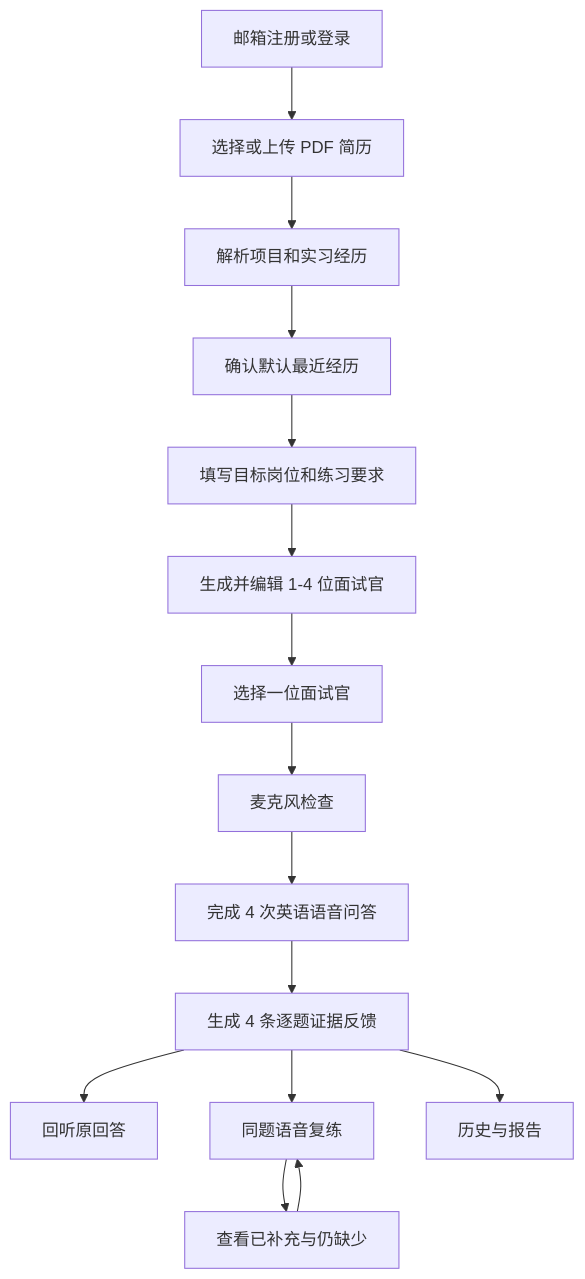
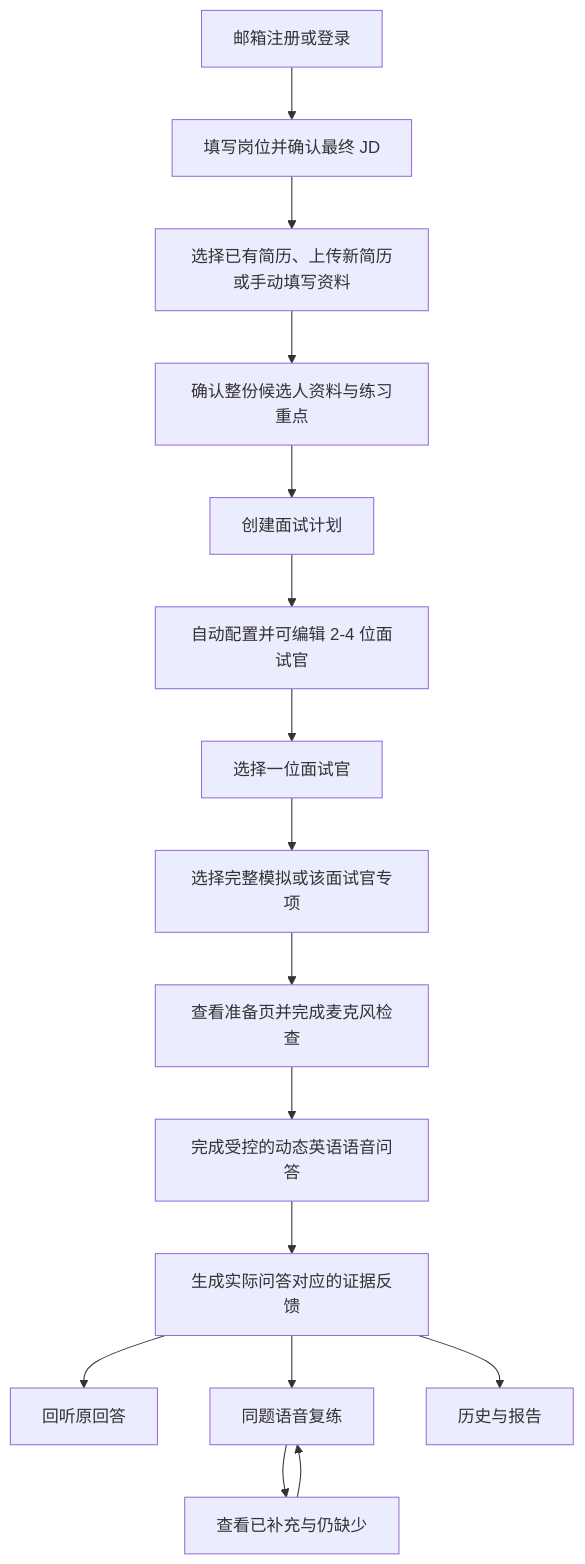
One commit to Lq0412/ai-en-coach changed the second of 2 diagrams in docs/superpowers/specs/2026-07-14-ms1-interview-prd-design.md. Above: the diagram before and after it, drawn with Mermaid. The commit also changed other lines of this file and 2 other files, not shown here.

````diff
--- a/docs/superpowers/specs/2026-07-14-ms1-interview-prd-design.md
+++ b/docs/superpowers/specs/2026-07-14-ms1-interview-prd-design.md
@@ -100,17 +107,18 @@
 ```mermaid
 flowchart TD
-  A[邮箱注册或登录] --> B[选择或上传 PDF 简历]
-  B --> C[解析项目和实习经历]
-  C --> D[确认默认最近经历]
-  D --> E[填写目标岗位和练习要求]
-  E --> F[生成并编辑 1-4 位面试官]
+  A[邮箱注册或登录] --> B[填写岗位并确认最终 JD]
+  B --> C[选择已有简历、上传新简历或手动填写资料]
+  C --> D[确认整份候选人资料与练习重点]
+  D --> E[创建面试计划]
+  E --> F[自动配置并可编辑 2-4 位面试官]
   F --> G[选择一位面试官]
-  G --> H[麦克风检查]
-  H --> I[完成 4 次英语语音问答]
-  I --> J[生成 4 条逐题证据反馈]
-  J --> K[回听原回答]
-  J --> L[同题语音复练]
-  L --> M[查看已补充与仍缺少]
-  M --> L
-  J --> N[历史与报告]
+  G --> H[选择完整模拟或该面试官专项]
+  H --> I[查看准备页并完成麦克风检查]
+  I --> J[完成受控的动态英语语音问答]
+  J --> K[生成实际问答对应的证据反馈]
+  K --> L[回听原回答]
+  K --> M[同题语音复练]
+  M --> N[查看已补充与仍缺少]
+  N --> M
+  K --> O[历史与报告]
 ```
````
